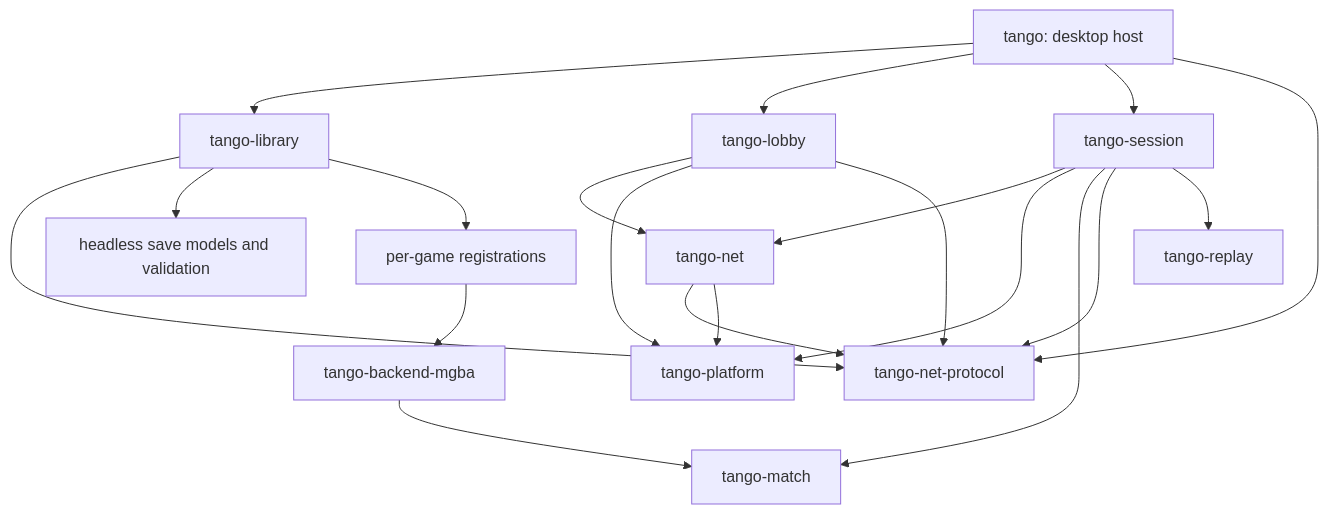
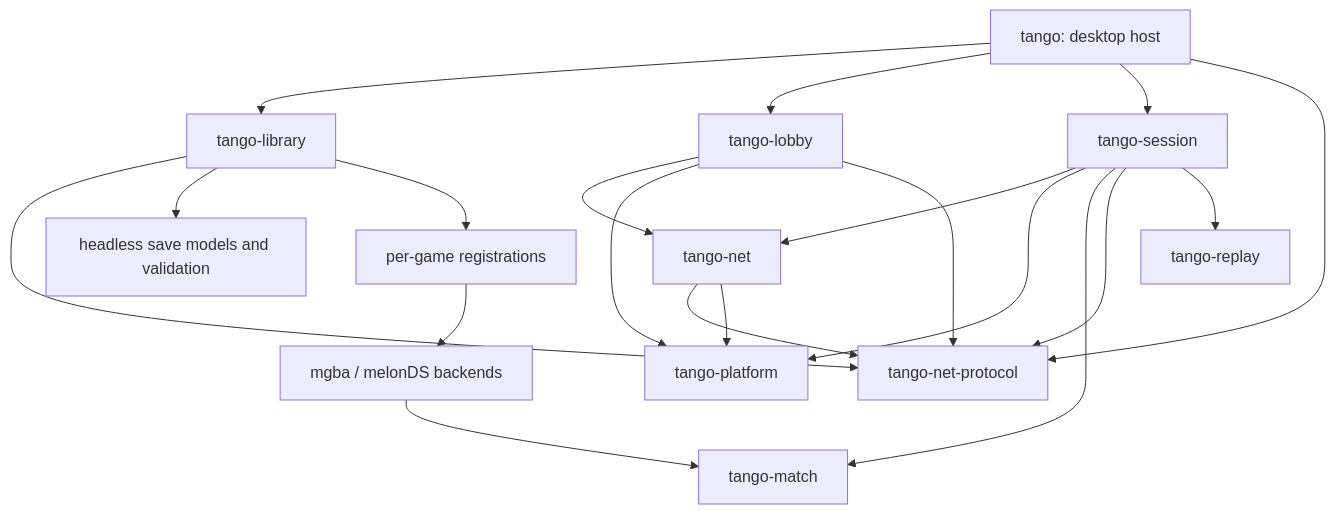
Before and after one commit to rkho4642/tangoAW2: the diagram in ARCHITECTURE.md, drawn with Mermaid. The commit also changed 37 other files, not shown here.

First line of the commit message:
Keep the DS emulator: restore tango-backend-melonds and the app's DS support

````diff
--- a/ARCHITECTURE.md
+++ b/ARCHITECTURE.md
@@ -18,22 +18,22 @@
 ```mermaid
 flowchart TD
     Desktop[tango: desktop host] --> Library[tango-library]
     Desktop --> Lobby[tango-lobby]
     Desktop --> Session[tango-session]
     Desktop --> Protocol[tango-net-protocol]
     Lobby --> Net[tango-net]
     Session --> Net
     Net --> Protocol
     Net --> Platform
     Lobby --> Platform[tango-platform]
     Lobby --> Protocol
     Session --> Platform
     Session --> Match[tango-match]
     Session --> Protocol
     Session --> Replay[tango-replay]
     Library --> Protocol
     Library --> Model[headless save models and validation]
     Library --> Games[per-game registrations]
-    Games --> Backends[tango-backend-mgba]
+    Games --> Backends[mgba / melonDS backends]
     Backends --> Match
 ```
````
